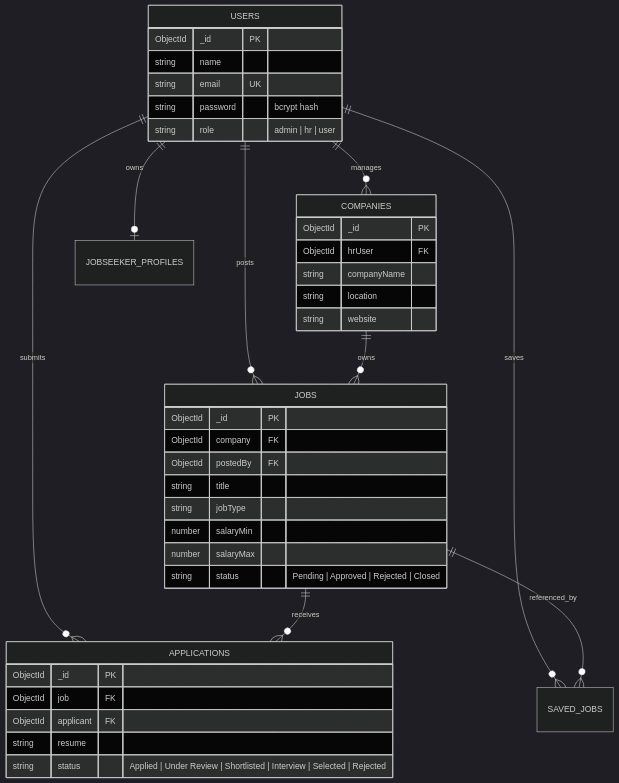
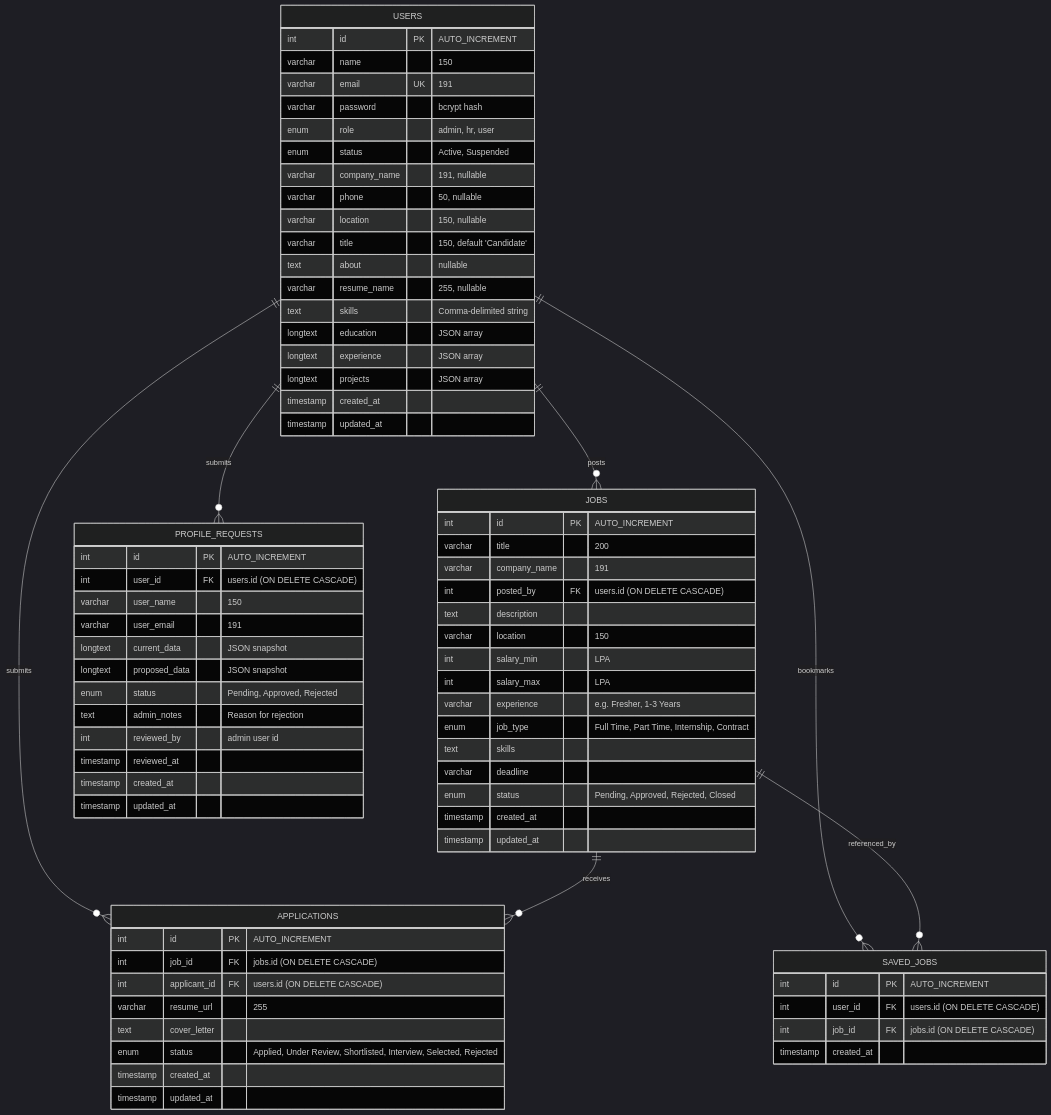
One commit to anshunayak5282-dot/Jobconnect changed the third of 4 diagrams in README.md. Above: the diagram before and after it, drawn with Mermaid (dark theme). The commit also changed other lines of this file, not shown here.

````diff
--- a/README.md
+++ b/README.md
@@ -90,47 +148,81 @@
 ```mermaid
 erDiagram
-    USERS ||--o{ COMPANIES : manages
-    USERS ||--o{ JOBS : posts
-    USERS ||--o| JOBSEEKER_PROFILES : owns
-    USERS ||--o{ APPLICATIONS : submits
-    USERS ||--o{ SAVED_JOBS : saves
-    
-    COMPANIES ||--o{ JOBS : owns
-    JOBS ||--o{ APPLICATIONS : receives
-    JOBS ||--o{ SAVED_JOBS : referenced_by
-    
+    USERS ||--o{ JOBS : "posts"
+    USERS ||--o{ APPLICATIONS : "submits"
+    USERS ||--o{ SAVED_JOBS : "bookmarks"
+    USERS ||--o{ PROFILE_REQUESTS : "submits"
+    JOBS ||--o{ APPLICATIONS : "receives"
+    JOBS ||--o{ SAVED_JOBS : "referenced_by"
+
     USERS {
-        ObjectId _id PK
-        string name
-        string email UK
-        string password "bcrypt hash"
-        string role "admin | hr | user"
+        int id PK "AUTO_INCREMENT"
+        varchar name "150"
+        varchar email UK "191"
+        varchar password "bcrypt hash"
+        enum role "admin, hr, user"
+        enum status "Active, Suspended"
+        varchar company_name "191, nullable"
+        varchar phone "50, nullable"
+        varchar location "150, nullable"
+        varchar title "150, default 'Candidate'"
+        text about "nullable"
+        varchar resume_name "255, nullable"
+        text skills "Comma-delimited string"
+        longtext education "JSON array"
+        longtext experience "JSON array"
+        longtext projects "JSON array"
+        timestamp created_at
+        timestamp updated_at
     }
-    
-    COMPANIES {
-        ObjectId _id PK
-        ObjectId hrUser FK
-        string companyName
-        string location
-        string website
+
+    JOBS {
+        int id PK "AUTO_INCREMENT"
+        varchar title "200"
+        varchar company_name "191"
+        int posted_by FK "users.id (ON DELETE CASCADE)"
+        text description
+        varchar location "150"
+        int salary_min "LPA"
+        int salary_max "LPA"
+        varchar experience "e.g. Fresher, 1-3 Years"
+        enum job_type "Full Time, Part Time, Internship, Contract"
+        text skills
+        varchar deadline
+        enum status "Pending, Approved, Rejected, Closed"
+        timestamp created_at
+        timestamp updated_at
     }
-    
-    JOBS {
-        ObjectId _id PK
-        ObjectId company FK
-        ObjectId postedBy FK
-        string title
-        string jobType
-        number salaryMin
-        number salaryMax
-        string status "Pending | Approved | Rejected | Closed"
+
+    APPLICATIONS {
+        int id PK "AUTO_INCREMENT"
+        int job_id FK "jobs.id (ON DELETE CASCADE)"
+        int applicant_id FK "users.id (ON DELETE CASCADE)"
+        varchar resume_url "255"
+        text cover_letter
+        enum status "Applied, Under Review, Shortlisted, Interview, Selected, Rejected"
+        timestamp created_at
+        timestamp updated_at
     }
-    
-    APPLICATIONS {
-        ObjectId _id PK
-        ObjectId job FK
-        ObjectId applicant FK
-        string resume
-        string status "Applied | Under Review | Shortlisted | Interview | Selected | Rejected"
+
+    SAVED_JOBS {
+        int id PK "AUTO_INCREMENT"
+        int user_id FK "users.id (ON DELETE CASCADE)"
+        int job_id FK "jobs.id (ON DELETE CASCADE)"
+        timestamp created_at
+    }
+
+    PROFILE_REQUESTS {
+        int id PK "AUTO_INCREMENT"
+        int user_id FK "users.id (ON DELETE CASCADE)"
+        varchar user_name "150"
+        varchar user_email "191"
+        longtext current_data "JSON snapshot"
+        longtext proposed_data "JSON snapshot"
+        enum status "Pending, Approved, Rejected"
+        text admin_notes "Reason for rejection"
+        int reviewed_by "admin user id"
+        timestamp reviewed_at
+        timestamp created_at
+        timestamp updated_at
     }
 ```
````
